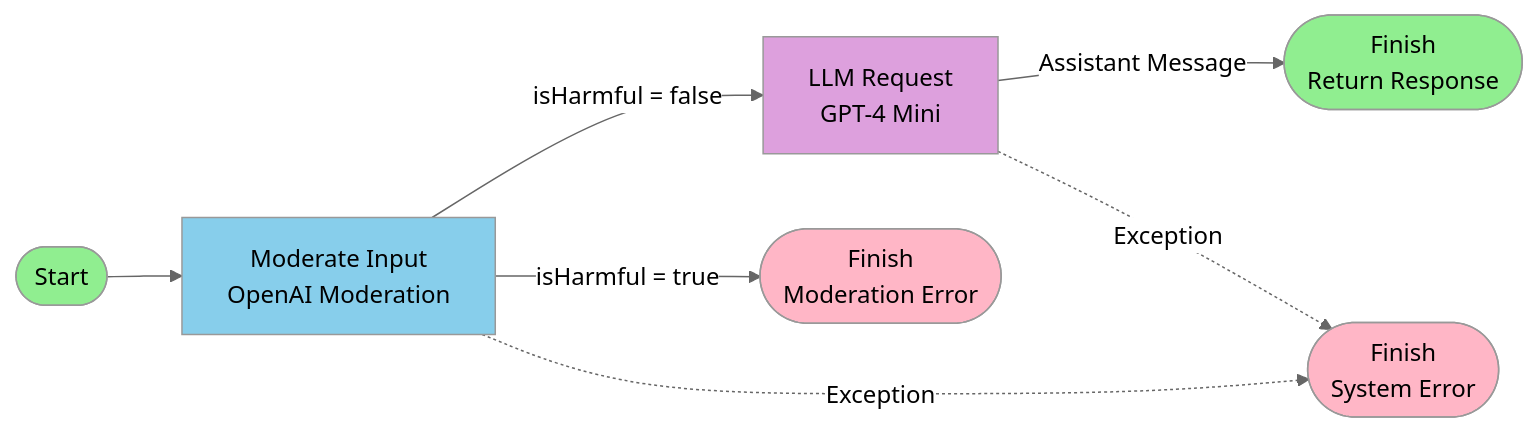
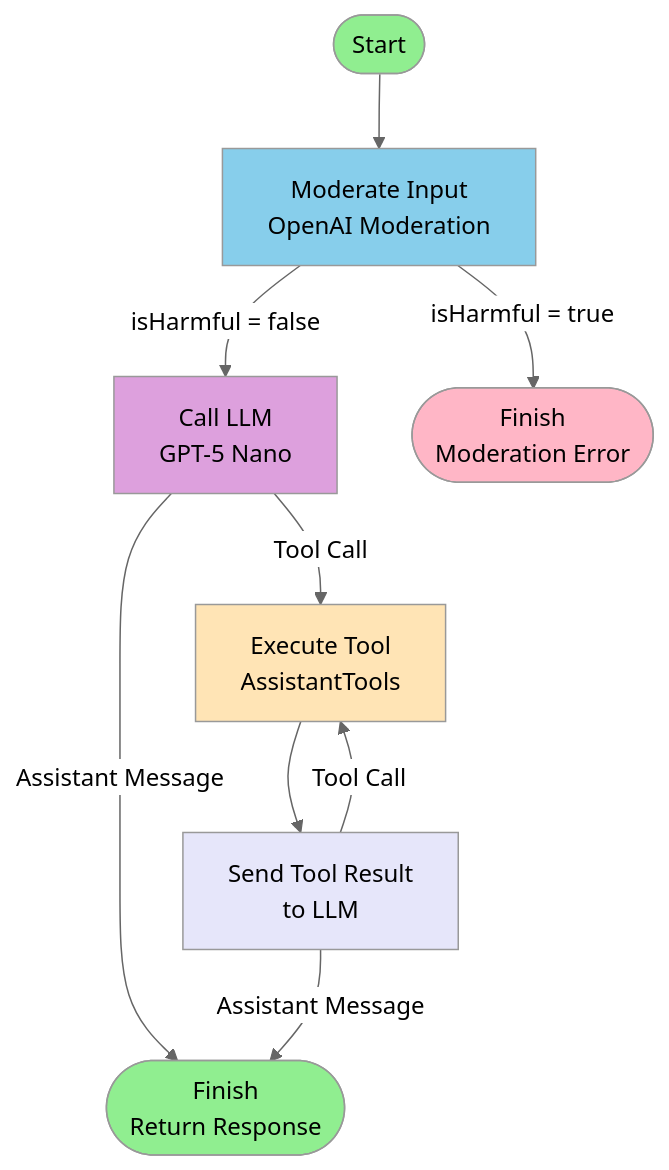
The diagram in README.md (kpavlov/koog-spring-boot-assistant), drawn with Mermaid (neutral theme) before and after one commit. The commit also changed other lines of this file and 4 other files, not shown here.

````diff
--- a/README.md
+++ b/README.md
@@ -137,19 +171,19 @@
 ```mermaid
-graph LR
+graph TD
       Start([Start]) --> Moderate[Moderate Input<br/>OpenAI Moderation]
-      Moderate -->|isHarmful = false| LLM[LLM Request<br/>GPT-4 Mini]
+      Moderate -->|isHarmful = false| CallLLM[Call LLM<br/>GPT-5 Nano]
       Moderate -->|isHarmful = true| ErrorFinish([Finish<br/>Moderation Error])
-      LLM -->|Assistant Message| Finish([Finish<br/>Return Response])
-      LLM -.->|Exception| SystemError([Finish<br/>System Error])
-      Moderate -.->|Exception| SystemError
+      CallLLM -->|Assistant Message| Finish([Finish<br/>Return Response])
+      CallLLM -->|Tool Call| ExecuteTool[Execute Tool<br/>AssistantTools]
+      ExecuteTool --> SendToolResult[Send Tool Result<br/>to LLM]
+      SendToolResult -->|Assistant Message| Finish
+      SendToolResult -->|Tool Call| ExecuteTool
 
       style Start fill:#90EE90
       style Finish fill:#90EE90
       style ErrorFinish fill:#FFB6C6
-      style SystemError fill:#FFB6C6
       style Moderate fill:#87CEEB
-      style LLM fill:#DDA0DD
-
-
-
+      style CallLLM fill:#DDA0DD
+      style ExecuteTool fill:#FFE4B5
+      style SendToolResult fill:#E6E6FA
 ```
````
